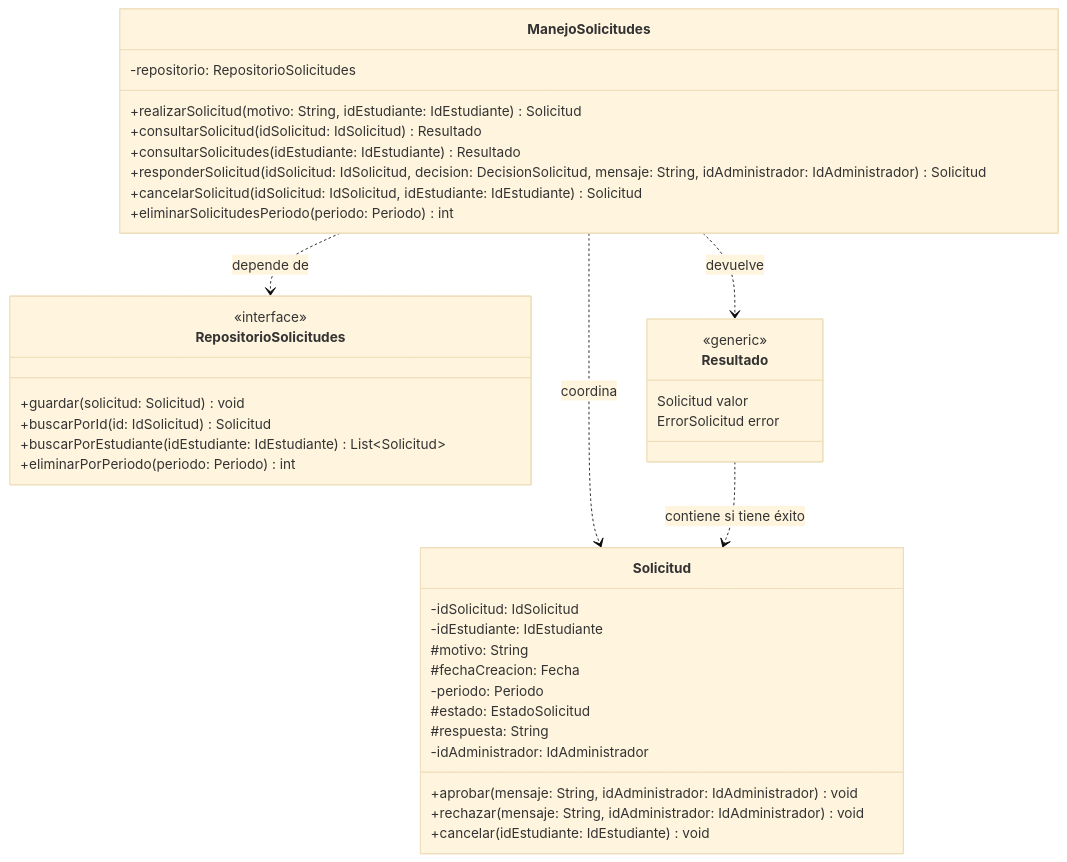
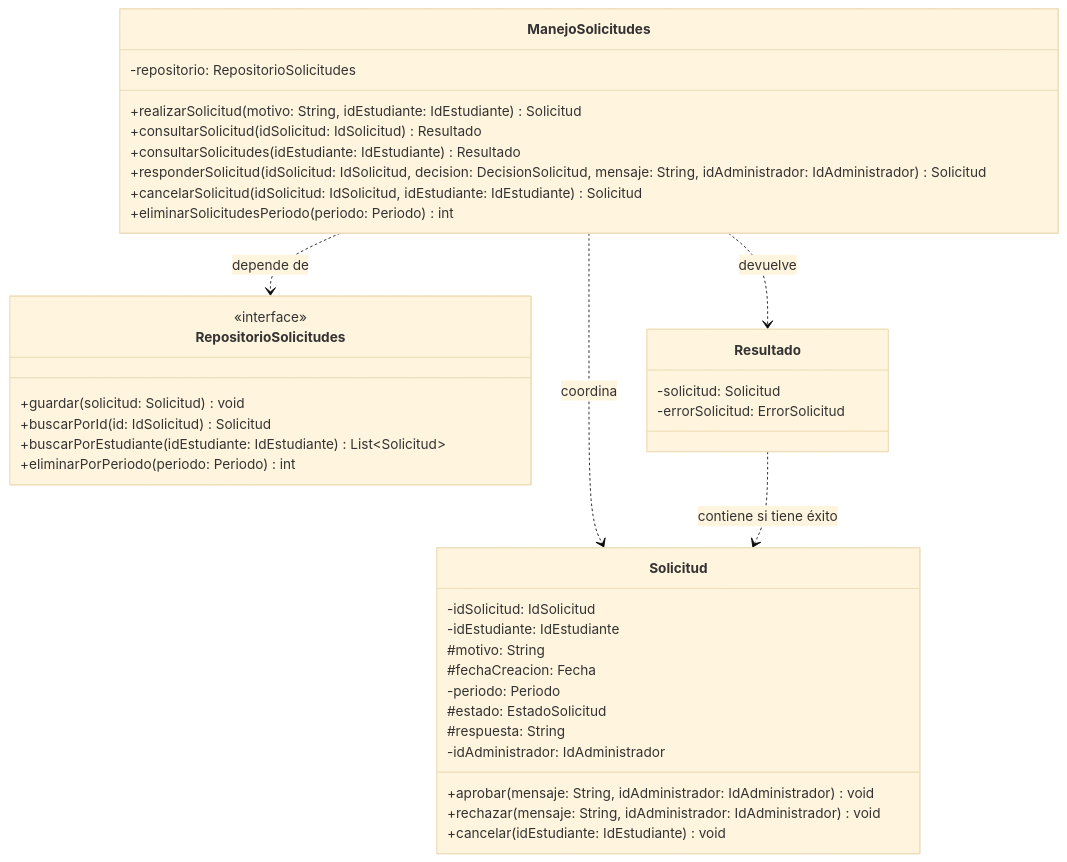
Before and after one commit to alfredoquev/Almuerzate.app: the second of 2 diagrams in docs/01_Architectural_and_Detailed_Design.md, drawn with Mermaid (base theme).

````diff
--- a/docs/01_Architectural_and_Detailed_Design.md
+++ b/docs/01_Architectural_and_Detailed_Design.md
@@ -86,48 +86,47 @@
 ```mermaid
 
 
 classDiagram
     class ManejoSolicitudes {
         -repositorio: RepositorioSolicitudes
         +realizarSolicitud(motivo: String, idEstudiante: IdEstudiante) Solicitud
         +consultarSolicitud(idSolicitud: IdSolicitud) Resultado
         +consultarSolicitudes(idEstudiante: IdEstudiante) Resultado
         +responderSolicitud(idSolicitud: IdSolicitud, decision: DecisionSolicitud, mensaje: String, idAdministrador: IdAdministrador) Solicitud
         +cancelarSolicitud(idSolicitud: IdSolicitud, idEstudiante: IdEstudiante) Solicitud
         +eliminarSolicitudesPeriodo(periodo: Periodo) int
     }
 
     class Solicitud {
         -idSolicitud: IdSolicitud
         -idEstudiante: IdEstudiante
         #motivo: String
         #fechaCreacion: Fecha
         -periodo: Periodo
         #estado: EstadoSolicitud
         #respuesta: String
         -idAdministrador: IdAdministrador
         +aprobar(mensaje: String, idAdministrador: IdAdministrador) void
         +rechazar(mensaje: String, idAdministrador: IdAdministrador) void
         +cancelar(idEstudiante: IdEstudiante) void
     }
 
     class RepositorioSolicitudes {
         <<interface>>
         +guardar(solicitud: Solicitud) void
         +buscarPorId(id: IdSolicitud) Solicitud
         +buscarPorEstudiante(idEstudiante: IdEstudiante) List~Solicitud~
         +eliminarPorPeriodo(periodo: Periodo) int
     }
 
     class Resultado {
-        <<generic>>
-        Solicitud valor
-        ErrorSolicitud error
+        -solicitud: Solicitud
+        -errorSolicitud: ErrorSolicitud
     }
 
     ManejoSolicitudes ..> RepositorioSolicitudes : depende de
     ManejoSolicitudes ..> Solicitud : coordina
     ManejoSolicitudes ..> Resultado : devuelve
     Resultado ..> Solicitud : contiene si tiene éxito
 
 ```
````
